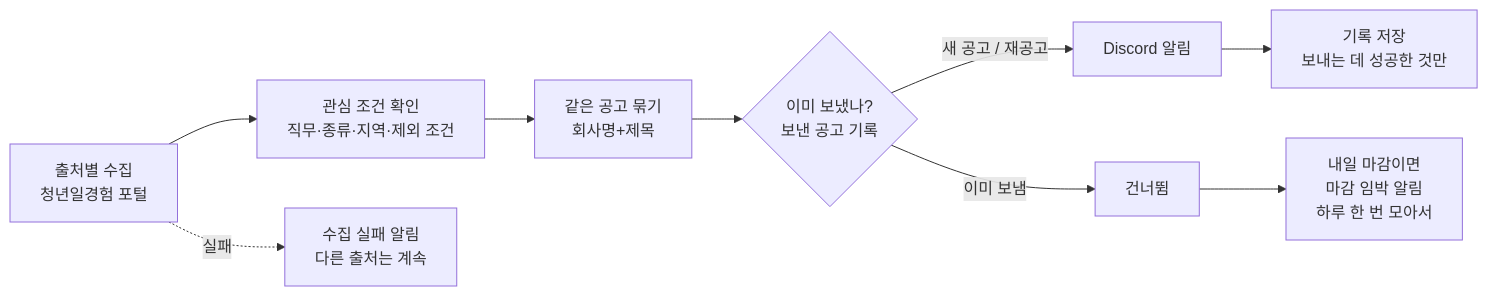
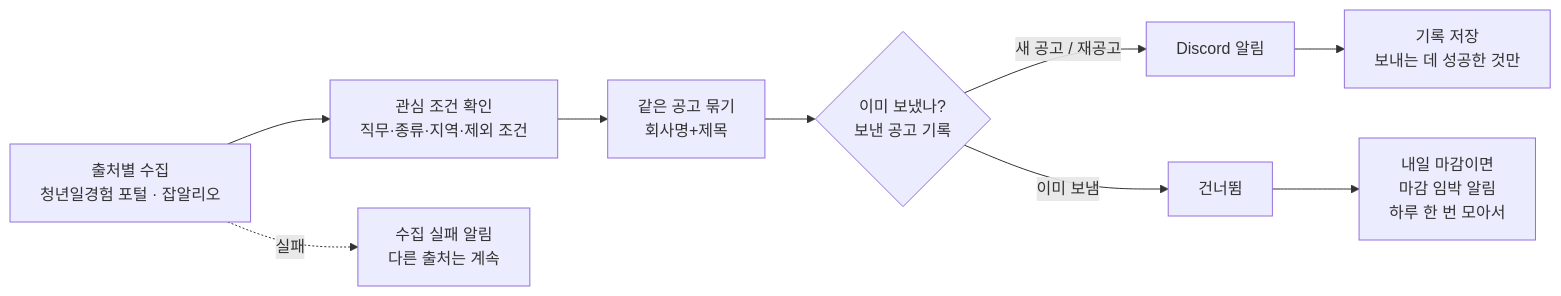
The diagram in README.md (Chjjh605/job-alert-bot), drawn with Mermaid before and after one commit. The commit also changed other lines of this file and 7 other files, not shown here.

````diff
--- a/README.md
+++ b/README.md
@@ -19,11 +19,11 @@
 ```mermaid
 flowchart LR
-  A[출처별 수집<br/>청년일경험 포털] --> B[관심 조건 확인<br/>직무·종류·지역·제외 조건]
+  A[출처별 수집<br/>청년일경험 포털 · 잡알리오] --> B[관심 조건 확인<br/>직무·종류·지역·제외 조건]
   B --> C[같은 공고 묶기<br/>회사명+제목]
   C --> D{이미 보냈나?<br/>보낸 공고 기록}
   D -- 새 공고 / 재공고 --> E[Discord 알림]
   D -- 이미 보냄 --> F[건너뜀]
   F --> R[내일 마감이면<br/>마감 임박 알림<br/>하루 한 번 모아서]
   E --> G[기록 저장<br/>보내는 데 성공한 것만]
   A -. 실패 .-> H[수집 실패 알림<br/>다른 출처는 계속]
 ```
````
